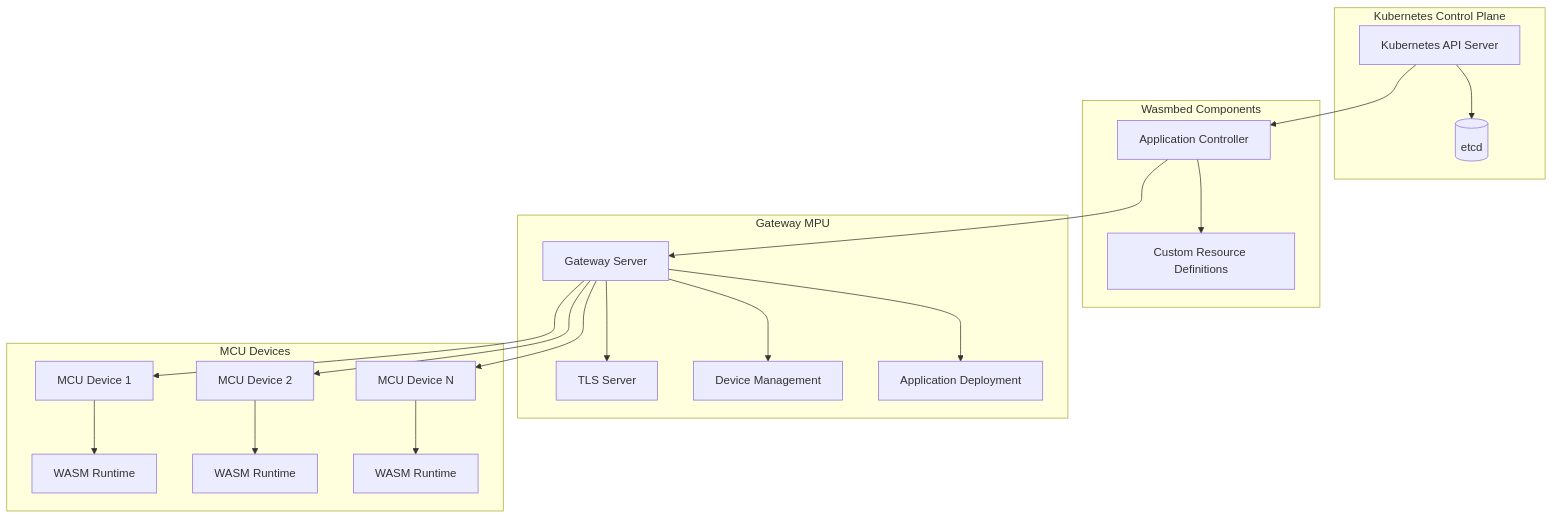
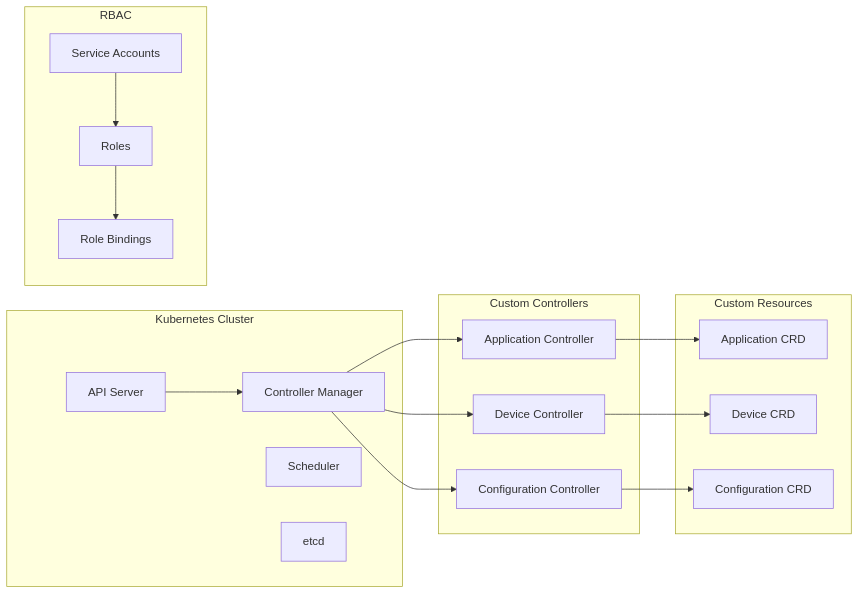
Before and after one commit to lucadagati/retrospect: the second of 4 diagrams in docs/architecture/system-overview.md, drawn with Mermaid. The commit also changed other lines of this file and 132 other files, not shown here.

First line of the commit message:
Complete documentation overhaul with Mermaid diagrams

````diff
--- a/docs/architecture/system-overview.md
+++ b/docs/architecture/system-overview.md
@@ -9,41 +99,39 @@
 ```mermaid
-graph TB
-    subgraph "Kubernetes Control Plane"
-        K8S[Kubernetes API Server]
-        ETCD[(etcd)]
-        K8S --> ETCD
+graph LR
+    subgraph "Kubernetes Cluster"
+        API[API Server]
+        CTRL[Controller Manager]
+        SCHED[Scheduler]
+        ETCD[etcd]
     end
     
-    subgraph "Wasmbed Components"
-        CONTROLLER[Application Controller]
-        CRDS[Custom Resource Definitions]
-        K8S --> CONTROLLER
-        CONTROLLER --> CRDS
+    subgraph "Custom Resources"
+        APP[Application CRD]
+        DEV[Device CRD]
+        CFG[Configuration CRD]
     end
     
-    subgraph "Gateway MPU"
-        GATEWAY[Gateway Server]
-        TLS[TLS Server]
-        DEVICE_MGMT[Device Management]
-        APP_DEPLOY[Application Deployment]
-        
-        GATEWAY --> TLS
-        GATEWAY --> DEVICE_MGMT
-        GATEWAY --> APP_DEPLOY
+    subgraph "Custom Controllers"
+        APP_CTRL[Application Controller]
+        DEV_CTRL[Device Controller]
+        CFG_CTRL[Configuration Controller]
     end
     
-    subgraph "MCU Devices"
-        MCU1[MCU Device 1]
-        MCU2[MCU Device 2]
-        MCU3[MCU Device N]
-        
-        MCU1 --> WASM_RUNTIME1[WASM Runtime]
-        MCU2 --> WASM_RUNTIME2[WASM Runtime]
-        MCU3 --> WASM_RUNTIME3[WASM Runtime]
+    subgraph "RBAC"
+        SA[Service Accounts]
+        ROLE[Roles]
+        RB[Role Bindings]
     end
     
-    CONTROLLER --> GATEWAY
-    GATEWAY --> MCU1
-    GATEWAY --> MCU2
-    GATEWAY --> MCU3
+    API --> CTRL
+    CTRL --> APP_CTRL
+    CTRL --> DEV_CTRL
+    CTRL --> CFG_CTRL
+    
+    APP_CTRL --> APP
+    DEV_CTRL --> DEV
+    CFG_CTRL --> CFG
+    
+    SA --> ROLE
+    ROLE --> RB
 ```
````
